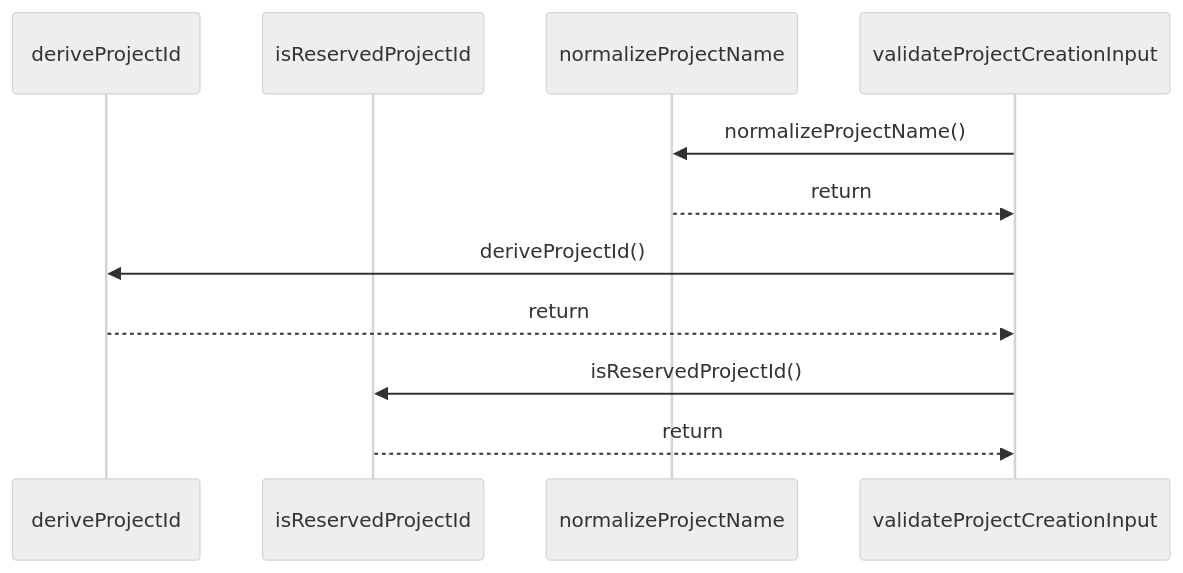
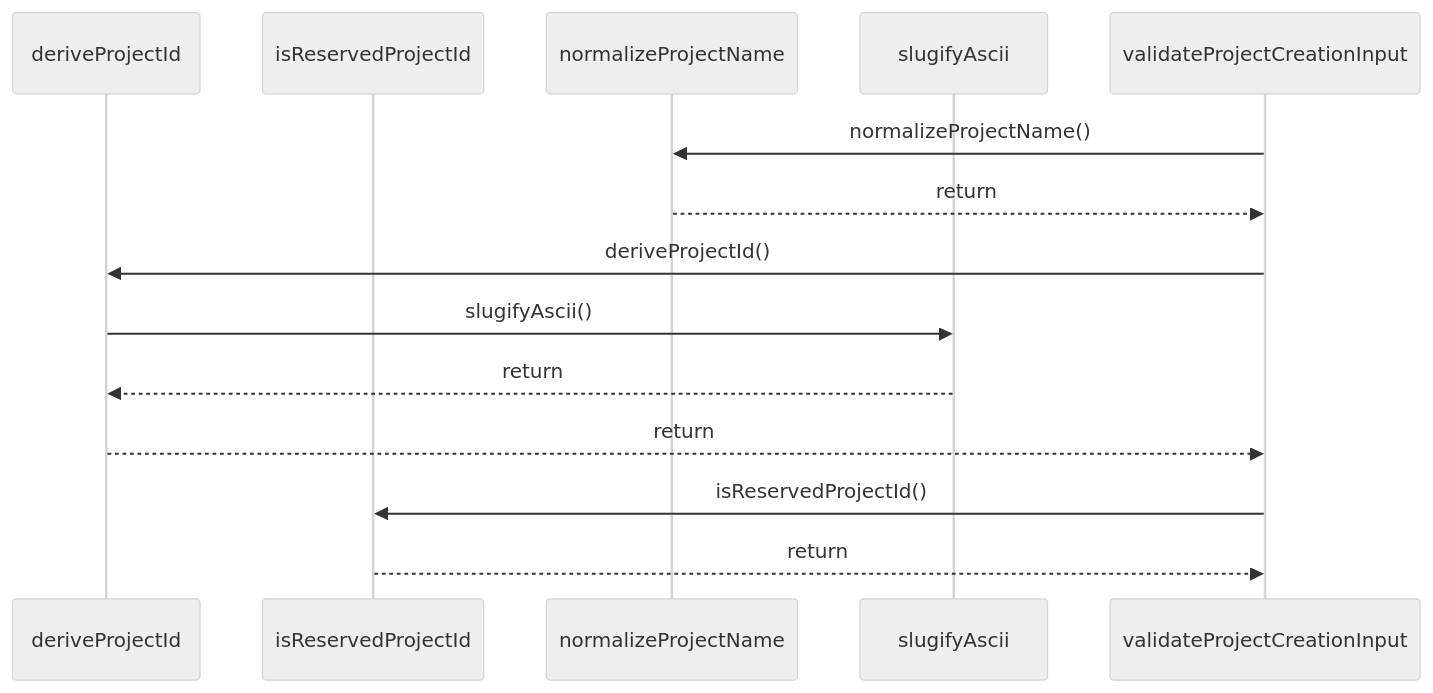
The diagram in paradox/diagrams/sequences/validate-project-creation-input.mmd (ankhorage/studio), drawn with Mermaid (neutral theme) before and after one commit. The commit also changed 12 other files, not shown here.

```diff
--- a/paradox/diagrams/sequences/validate-project-creation-input.mmd
+++ b/paradox/diagrams/sequences/validate-project-creation-input.mmd
@@ -1,11 +1,14 @@
 sequenceDiagram
   participant participant_deriveProjectId as deriveProjectId
   participant participant_isReservedProjectId as isReservedProjectId
   participant participant_normalizeProjectName as normalizeProjectName
+  participant participant_slugifyAscii as slugifyAscii
   participant participant_validateProjectCreationInput as validateProjectCreationInput
   participant_validateProjectCreationInput->>participant_normalizeProjectName: normalizeProjectName()
   participant_normalizeProjectName-->>participant_validateProjectCreationInput: return
   participant_validateProjectCreationInput->>participant_deriveProjectId: deriveProjectId()
+  participant_deriveProjectId->>participant_slugifyAscii: slugifyAscii()
+  participant_slugifyAscii-->>participant_deriveProjectId: return
   participant_deriveProjectId-->>participant_validateProjectCreationInput: return
   participant_validateProjectCreationInput->>participant_isReservedProjectId: isReservedProjectId()
   participant_isReservedProjectId-->>participant_validateProjectCreationInput: return
```
